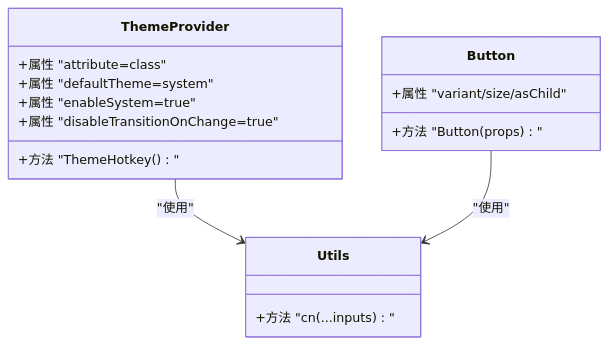
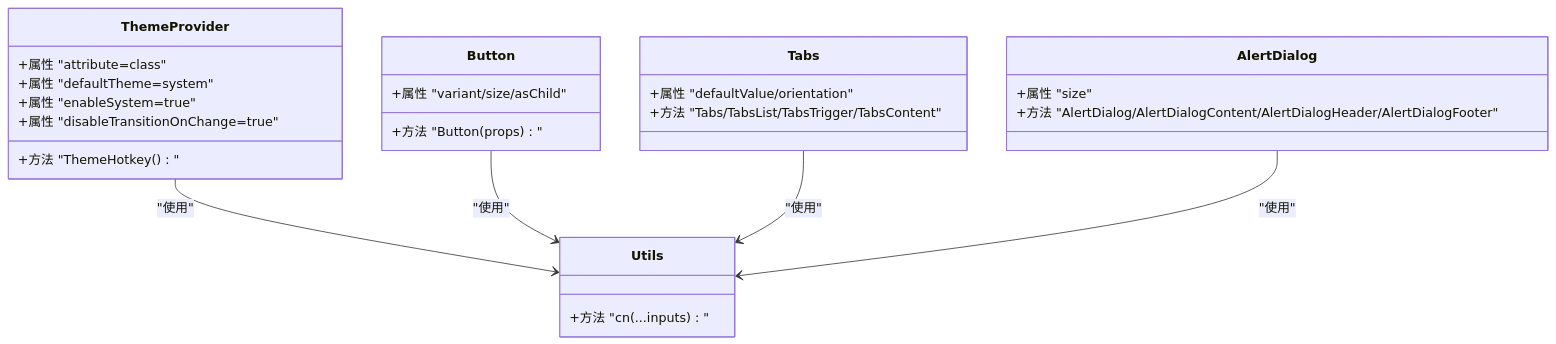
One commit to x01n/My-OpenWaf changed the third of 14 diagrams in docs/前端管理界面/前端管理界面.md. Above: the diagram before and after it, drawn with Mermaid. The commit also changed other lines of this file and 51 other files, not shown here.

````diff
--- a/docs/前端管理界面/前端管理界面.md
+++ b/docs/前端管理界面/前端管理界面.md
@@ -156,19 +212,29 @@
 ```mermaid
 classDiagram
 class ThemeProvider {
 +属性 "attribute=class"
 +属性 "defaultTheme=system"
 +属性 "enableSystem=true"
 +属性 "disableTransitionOnChange=true"
 +方法 "ThemeHotkey()"
 }
 class Utils {
 +方法 "cn(...inputs)"
 }
 class Button {
 +属性 "variant/size/asChild"
 +方法 "Button(props)"
 }
+class Tabs {
++属性 "defaultValue/orientation"
++方法 "Tabs/TabsList/TabsTrigger/TabsContent"
+}
+class AlertDialog {
++属性 "size"
++方法 "AlertDialog/AlertDialogContent/AlertDialogHeader/AlertDialogFooter"
+}
 ThemeProvider --> Utils : "使用"
 Button --> Utils : "使用"
+Tabs --> Utils : "使用"
+AlertDialog --> Utils : "使用"
 ```
````
